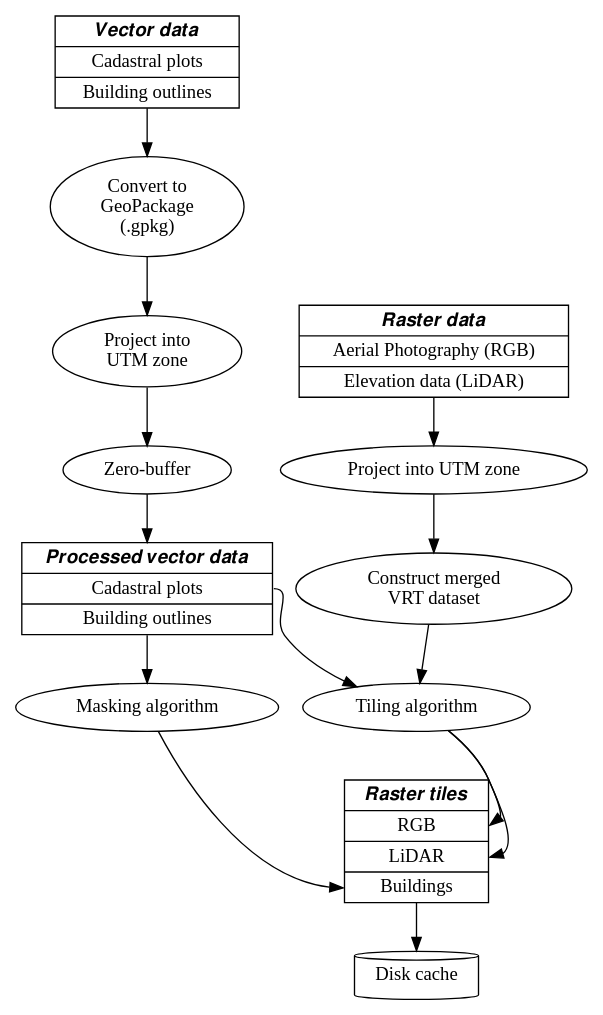
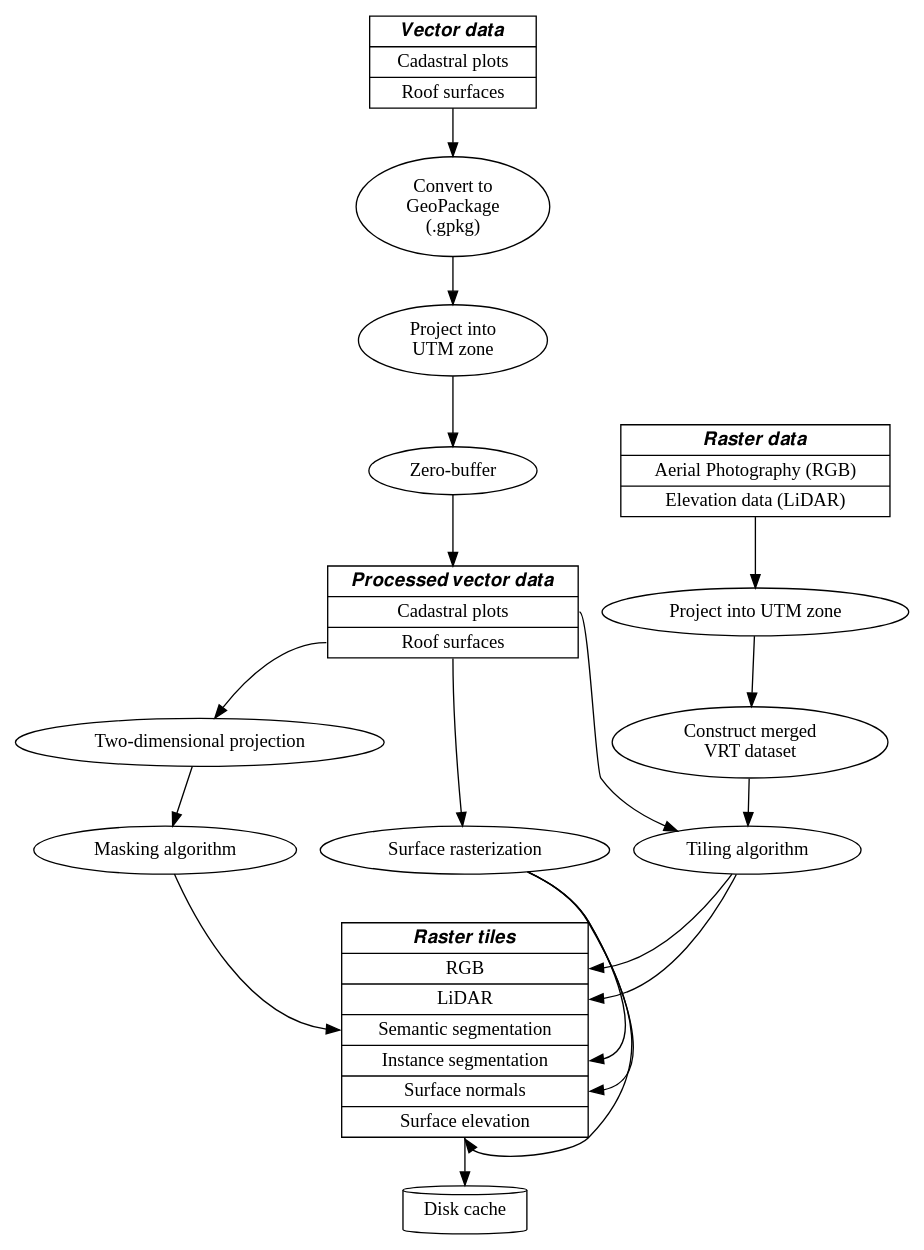
Before and after one commit to JakobGM/master-tex: the diagram in img/flow.gv, drawn with Graphviz. The commit also changed 10 other files, not shown here.

```diff
--- a/img/flow.gv
+++ b/img/flow.gv
@@ -1,25 +1,31 @@
 digraph G {
-  vd [shape=record, label="{𝑽𝒆𝒄𝒕𝒐𝒓 𝒅𝒂𝒕𝒂|Cadastral plots|Building outlines}"];
+  vd [shape=record, label="{𝑽𝒆𝒄𝒕𝒐𝒓 𝒅𝒂𝒕𝒂|Cadastral plots|Roof surfaces}"];
   gpkg [label="Convert to\nGeoPackage\n(.gpkg)"];
   vd_utm_trans [label="Project into\nUTM zone"];
   buffer [label="Zero-buffer"];
-  pvd [shape=record, label="{𝑷𝒓𝒐𝒄𝒆𝒔𝒔𝒆𝒅 𝒗𝒆𝒄𝒕𝒐𝒓 𝒅𝒂𝒕𝒂|<cp>Cadastral plots|<bo>Building outlines}"];
+  pvd [shape=record, label="{𝑷𝒓𝒐𝒄𝒆𝒔𝒔𝒆𝒅 𝒗𝒆𝒄𝒕𝒐𝒓 𝒅𝒂𝒕𝒂|<cp>Cadastral plots|<bo>Roof surfaces}"];
   vd -> gpkg -> vd_utm_trans -> buffer -> pvd;
 
   raster [shape=record, label="{𝑹𝒂𝒔𝒕𝒆𝒓 𝒅𝒂𝒕𝒂|Aerial Photography (RGB)|Elevation data (LiDAR)}"];
   raster_utm_trans [label="Project into UTM zone"];
   vrt [label="Construct merged\nVRT dataset"];
   raster -> raster_utm_trans -> vrt;
 
   tiling [label="Tiling algorithm"];
   masking [label="Masking algorithm"];
-  tiles [shape=record, label="{𝑹𝒂𝒔𝒕𝒆𝒓 𝒕𝒊𝒍𝒆𝒔|<rgb> RGB|<z> LiDAR|<bm> Buildings}"];
+  projection [label="Two-dimensional projection"];
+  rasterization [label="Surface rasterization"];
+  tiles [shape=record, label="{𝑹𝒂𝒔𝒕𝒆𝒓 𝒕𝒊𝒍𝒆𝒔|<rgb> RGB|<z> LiDAR|<bm> Semantic segmentation|<instances> Instance segmentation|<normals> Surface normals|<h> Surface elevation}"];
   vrt -> tiling;
   pvd:cp -> tiling;
   tiling -> tiles:rgb;
   tiling -> tiles:z;
-  pvd:bo -> masking -> tiles:bm;
+  pvd:bo -> projection -> masking -> tiles:bm;
+  pvd:bo -> rasterization;
+  rasterization -> tiles:instances;
+  rasterization -> tiles:normals;
+  rasterization -> tiles:h;
 
   disk [label="Disk cache", shape=cylinder];
   tiles -> disk;
 }
```
